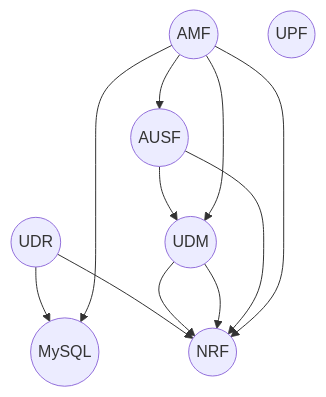
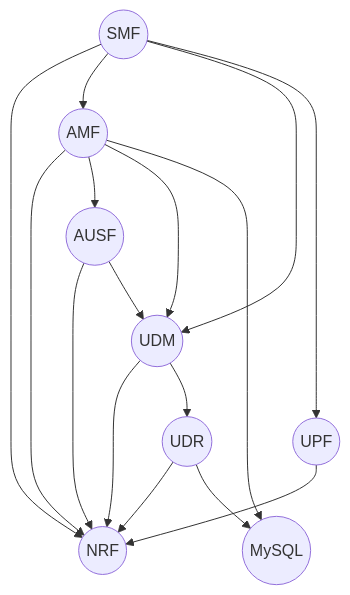
One commit to gruyaume/charmed-oai-5g changed the diagram in README.md. Above: the diagram before and after it, drawn with Mermaid. The commit also changed other lines of this file and 2 other files, not shown here.

Commit message:
Adds SMF to model

````diff
--- a/README.md
+++ b/README.md
@@ -61,14 +67,18 @@
 ```mermaid
 flowchart TD;
-      udr((UDR))-->mysql((MySQL))
       udr((UDR))-->nrf((NRF))
       udm((UDM))-->nrf((NRF))
-      udm((UDM))-->nrf((NRF))
       ausf((AUSF))-->nrf((NRF))
+      amf((AMF))-->nrf((NRF))
+      udr((UDR))-->mysql((MySQL))
+      udm((UDM))-->udr((UDR))
       ausf((AUSF))-->udm((UDM))
+      amf((AMF))-->ausf((AUSF))
+      amf((AMF))-->udm((UDM))
       amf((AMF))-->mysql((MySQL))
-      amf((AMF))-->nrf((NRF))
-      amf((AMF))-->udm((UDM))
-      amf((AMF))-->ausf((AUSF))
-      upf((UPF))
+      upf((UPF))-->nrf((NRF))
+      smf((SMF))-->nrf((NRF))
+      smf((SMF))-->amf((AMF))
+      smf((SMF))-->udm((UDM))
+      smf((SMF))-->upf((UPF))
 ```
````
